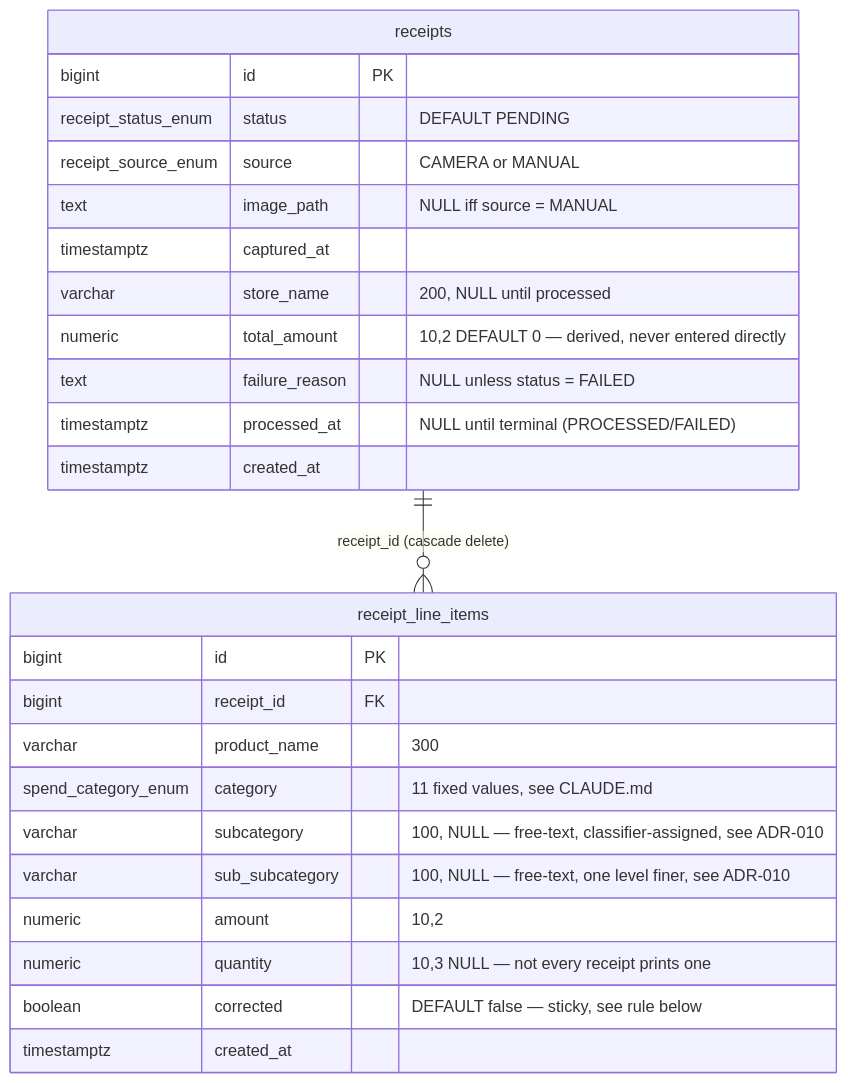
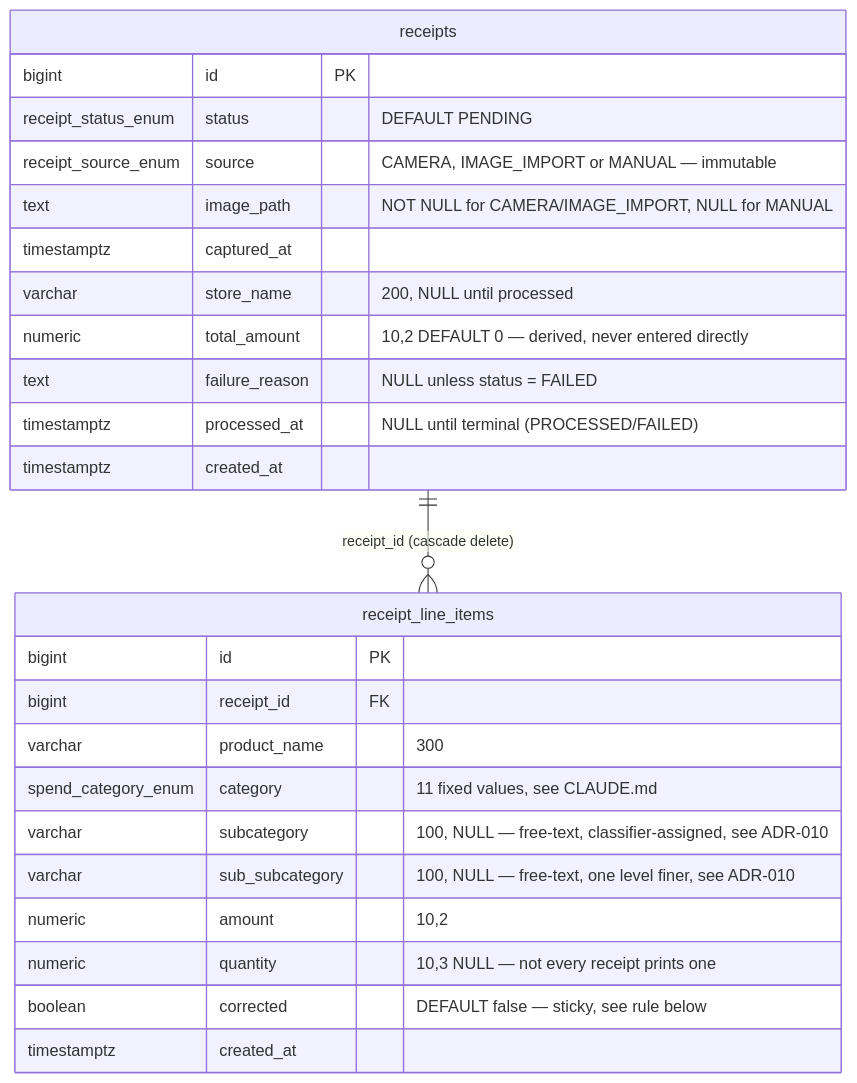
One commit to emicon123/receipts changed the first of 3 diagrams in docs/architecture/02-domain-model-and-schema.md. Above: the diagram before and after it, drawn with Mermaid. The commit also changed other lines of this file and 10 other files, not shown here.

First line of the commit message:
docs(arch): IMAGE_IMPORT source contract (ADR-014)

````diff
--- a/docs/architecture/02-domain-model-and-schema.md
+++ b/docs/architecture/02-domain-model-and-schema.md
@@ -35,29 +38,29 @@
 ```mermaid
 erDiagram
     receipts ||--o{ receipt_line_items : "receipt_id (cascade delete)"
 
     receipts {
         bigint id PK
         receipt_status_enum status "DEFAULT PENDING"
-        receipt_source_enum source "CAMERA or MANUAL"
-        text image_path "NULL iff source = MANUAL"
+        receipt_source_enum source "CAMERA, IMAGE_IMPORT or MANUAL — immutable"
+        text image_path "NOT NULL for CAMERA/IMAGE_IMPORT, NULL for MANUAL"
         timestamptz captured_at
         varchar store_name "200, NULL until processed"
         numeric total_amount "10,2 DEFAULT 0 — derived, never entered directly"
         text failure_reason "NULL unless status = FAILED"
         timestamptz processed_at "NULL until terminal (PROCESSED/FAILED)"
         timestamptz created_at
     }
     receipt_line_items {
         bigint id PK
         bigint receipt_id FK
         varchar product_name "300"
         spend_category_enum category "11 fixed values, see CLAUDE.md"
         varchar subcategory "100, NULL — free-text, classifier-assigned, see ADR-010"
         varchar sub_subcategory "100, NULL — free-text, one level finer, see ADR-010"
         numeric amount "10,2"
         numeric quantity "10,3 NULL — not every receipt prints one"
         boolean corrected "DEFAULT false — sticky, see rule below"
         timestamptz created_at
     }
 ```
````
